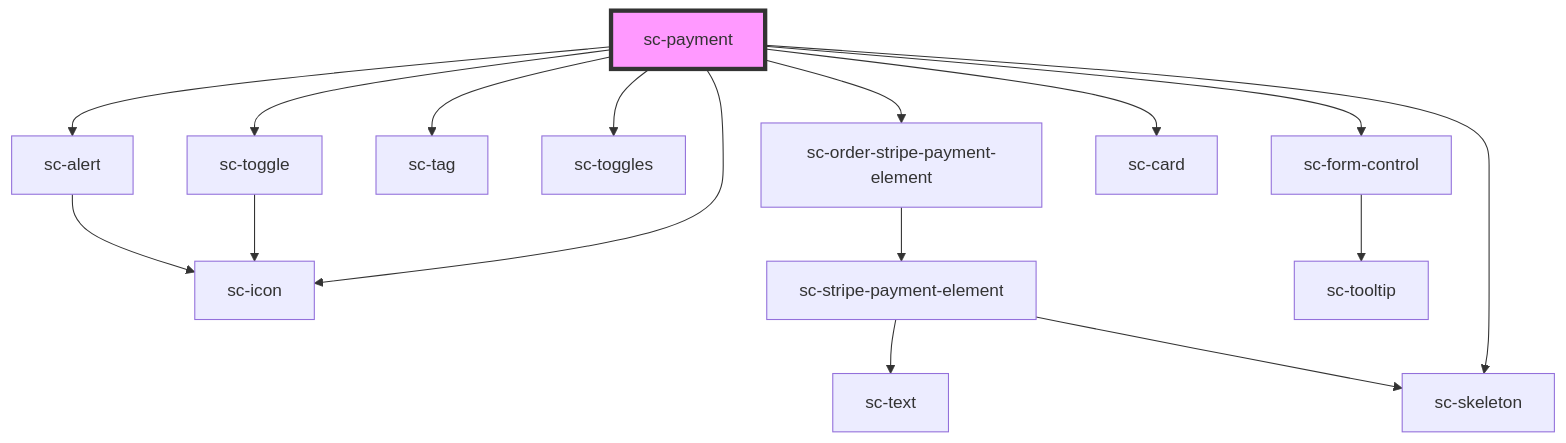
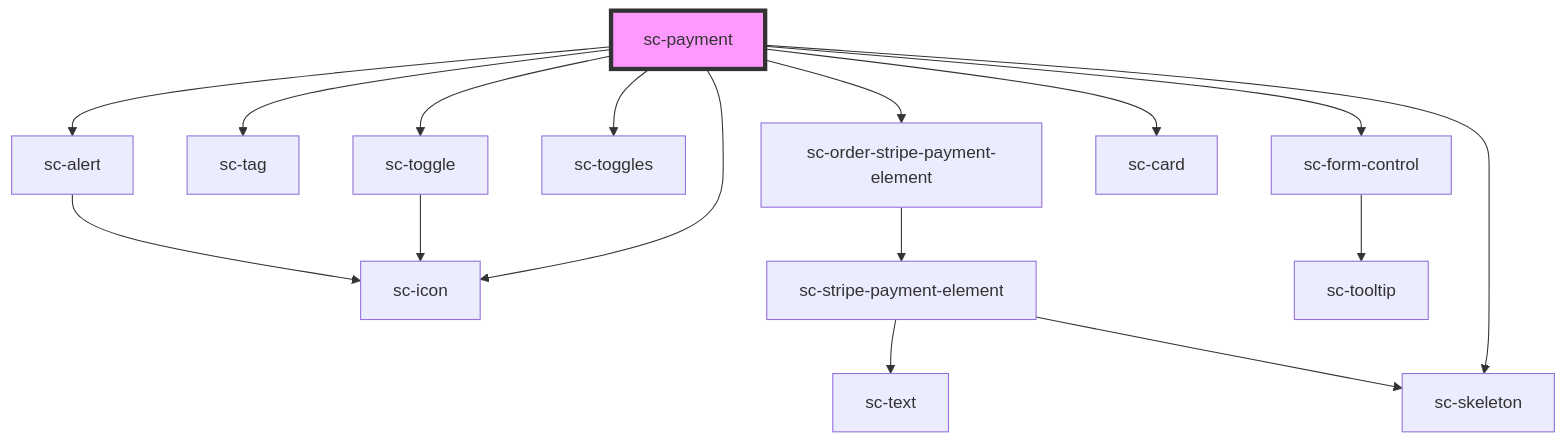
The diagram in packages/components/src/components/controllers/checkout-form/payment/readme.md (surecart/surecart-wp-plugin), drawn with Mermaid before and after one commit. The commit also changed other lines of this file and 4 other files, not shown here.

````diff
--- a/packages/components/src/components/controllers/checkout-form/payment/readme.md
+++ b/packages/components/src/components/controllers/checkout-form/payment/readme.md
@@ -46,19 +48,19 @@
 ```mermaid
 graph TD;
   sc-payment --> sc-order-stripe-payment-element
+  sc-payment --> sc-tag
   sc-payment --> sc-form-control
-  sc-payment --> sc-tag
   sc-payment --> sc-toggles
   sc-payment --> sc-toggle
   sc-payment --> sc-icon
   sc-payment --> sc-skeleton
   sc-payment --> sc-alert
   sc-payment --> sc-card
   sc-order-stripe-payment-element --> sc-stripe-payment-element
   sc-stripe-payment-element --> sc-text
   sc-stripe-payment-element --> sc-skeleton
   sc-form-control --> sc-tooltip
   sc-toggle --> sc-icon
   sc-alert --> sc-icon
   style sc-payment fill:#f9f,stroke:#333,stroke-width:4px
 ```
````
